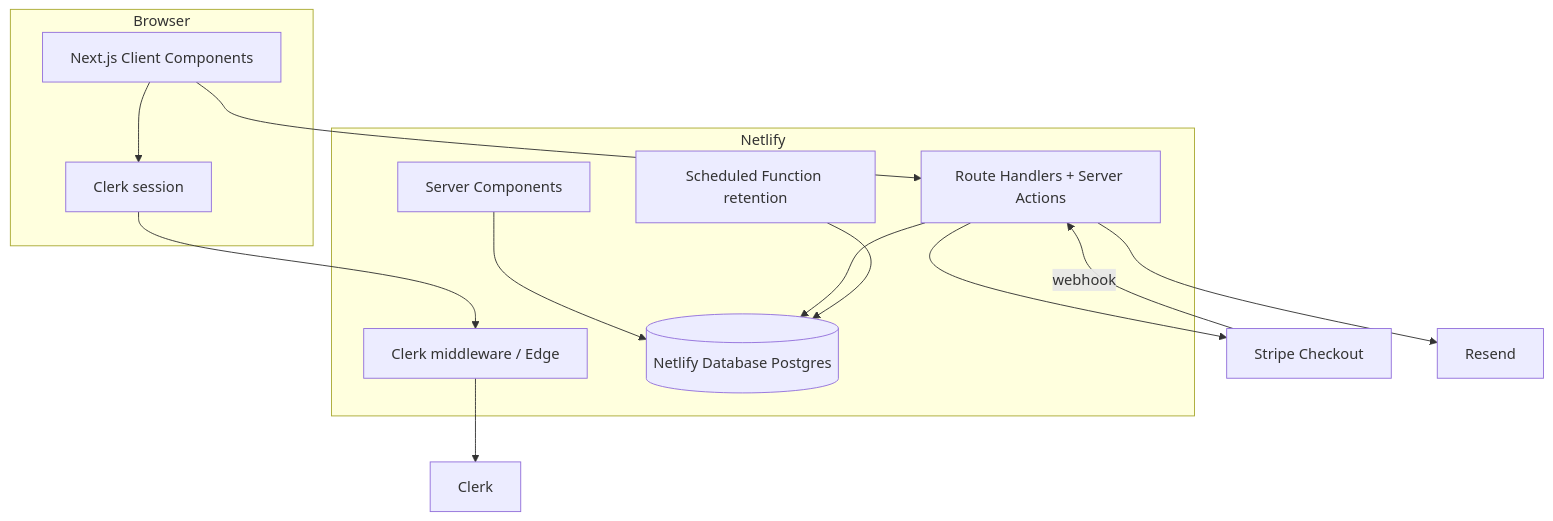
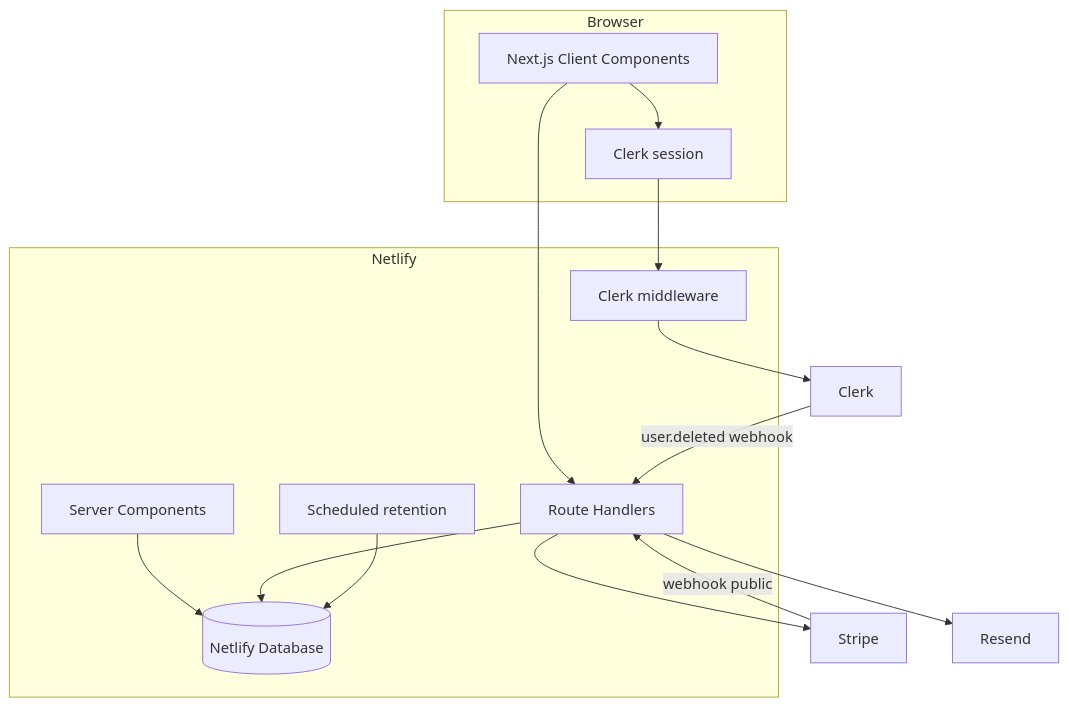
One commit to consultwithmike/unsaid changed the diagram in docs/IMPLEMENTATION_PLAN.md. Above: the diagram before and after it, drawn with Mermaid. The commit also changed other lines of this file and 8 other files, not shown here.

````diff
--- a/docs/IMPLEMENTATION_PLAN.md
+++ b/docs/IMPLEMENTATION_PLAN.md
@@ -62,30 +65,31 @@
 ```mermaid
 flowchart TB
   subgraph client [Browser]
     UI[Next.js Client Components]
     ClerkJS[Clerk session]
   end
 
   subgraph netlify [Netlify]
-    Edge[Clerk middleware / Edge]
+    Edge[Clerk middleware]
     RSC[Server Components]
-    API[Route Handlers + Server Actions]
-    Sched[Scheduled Function retention]
-    DB[(Netlify Database Postgres)]
+    API[Route Handlers]
+    Sched[Scheduled retention]
+    DB[(Netlify Database)]
   end
 
-  Stripe[Stripe Checkout]
+  Stripe[Stripe]
   Resend[Resend]
   ClerkAPI[Clerk]
 
   UI --> ClerkJS
   ClerkJS --> Edge
   UI --> API
   RSC --> DB
   API --> DB
   API --> Stripe
   API --> Resend
   Edge --> ClerkAPI
   Sched --> DB
-  Stripe -->|webhook| API
+  Stripe -->|webhook public| API
+  ClerkAPI -->|user.deleted webhook| API
 ```
````
